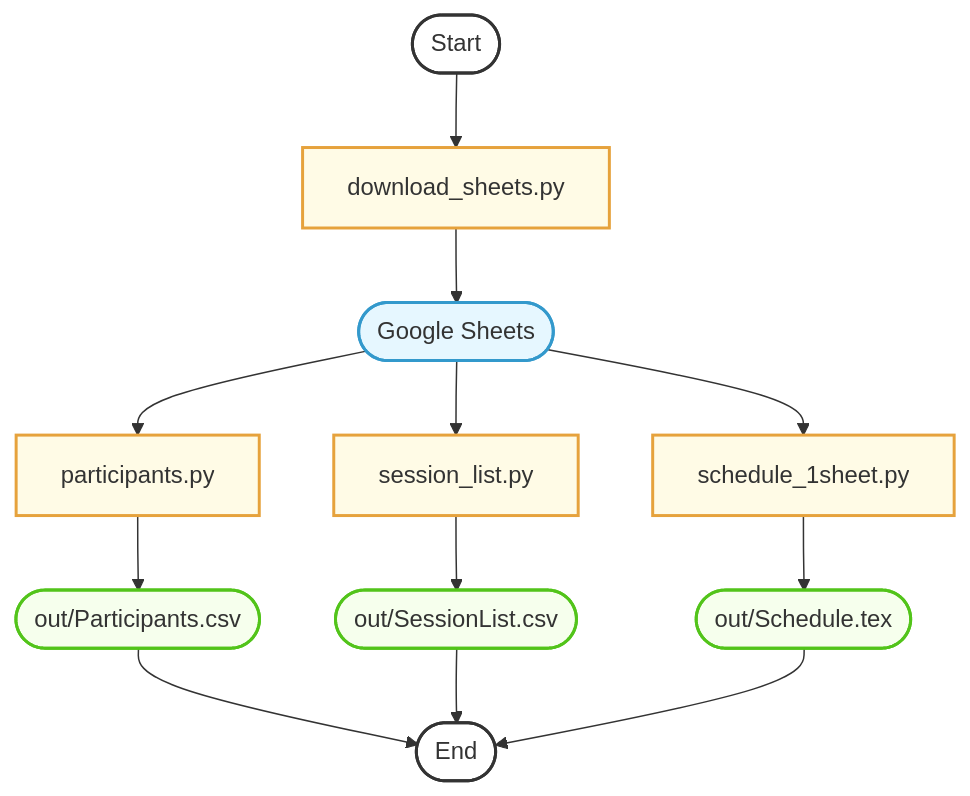
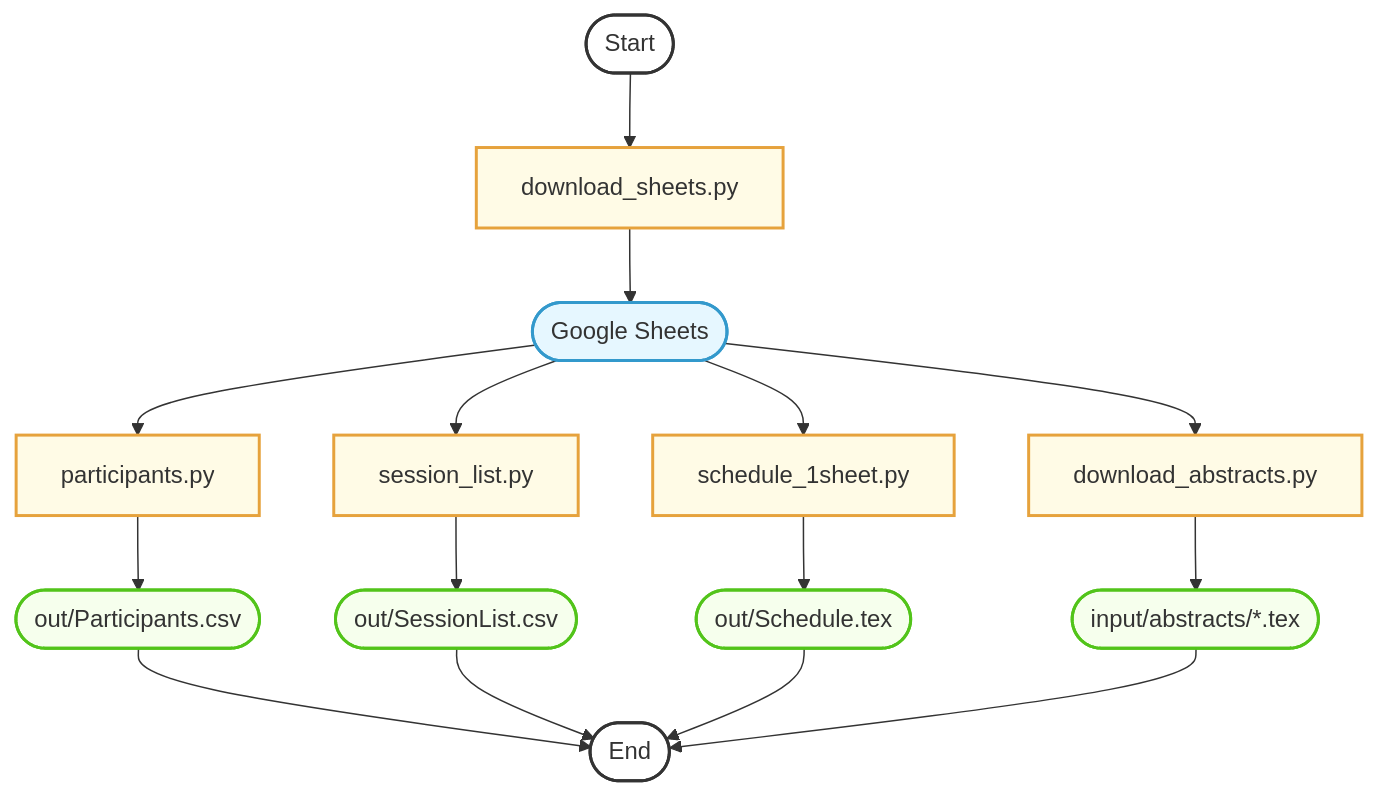
The diagram in preprocess/README.md (fjhickernell/MCM-2025-Program), drawn with Mermaid before and after one commit. The commit also changed 195 other files, not shown here.

Commit message:
Download all talk and session abstracts in LaTeX

````diff
--- a/preprocess/README.md
+++ b/preprocess/README.md
@@ -60,47 +60,54 @@
 ```mermaid
 flowchart TD
     Start([Start])
     End([End])
 
     %% Set node colors
     style Start fill:#fff,stroke:#333,stroke-width:2px
     style End fill:#fff,stroke:#333,stroke-width:2px
 
     %% Input files
     A3([Google Sheets])
     style A3 fill:#e6f7ff,stroke:#3399cc,stroke-width:2px
 
     %% Python scripts in preprocess (without util.py, config.py, and schedule_joinfiles.py)
     B3[download_sheets.py]
     B6[schedule_1sheet.py]
     B5[session_list.py]
     B4[participants.py]
+	B7[download_abstracts.py]
     style B3 fill:#fffbe6,stroke:#e6a23c,stroke-width:2px
     style B4 fill:#fffbe6,stroke:#e6a23c,stroke-width:2px
     style B5 fill:#fffbe6,stroke:#e6a23c,stroke-width:2px
     style B6 fill:#fffbe6,stroke:#e6a23c,stroke-width:2px
+	style B7 fill:#fffbe6,stroke:#e6a23c,stroke-width:2px
 
     %% Outputs
     O1([out/Participants.csv])
     O2([out/SessionList.csv])
     O4([out/Schedule.tex])
+	O5([input/abstracts/*.tex])
     style O1 fill:#f6ffed,stroke:#52c41a,stroke-width:2px
     style O2 fill:#f6ffed,stroke:#52c41a,stroke-width:2px
     style O4 fill:#f6ffed,stroke:#52c41a,stroke-width:2px
+	style O5 fill:#f6ffed,stroke:#52c41a,stroke-width:2px
 
     %% Flow
     Start --> B3
     B3 --> A3
     A3 --> B5
     A3 --> B4
     A3 --> B6
+	A3 -->  B7
 
     B4 --> O1
     B5 --> O2
     B6 --> O4
+	B7 --> O5
 
     O1 --> End
     O2 --> End
     O4 --> End
+	O5 --> End
 
 ```
````
